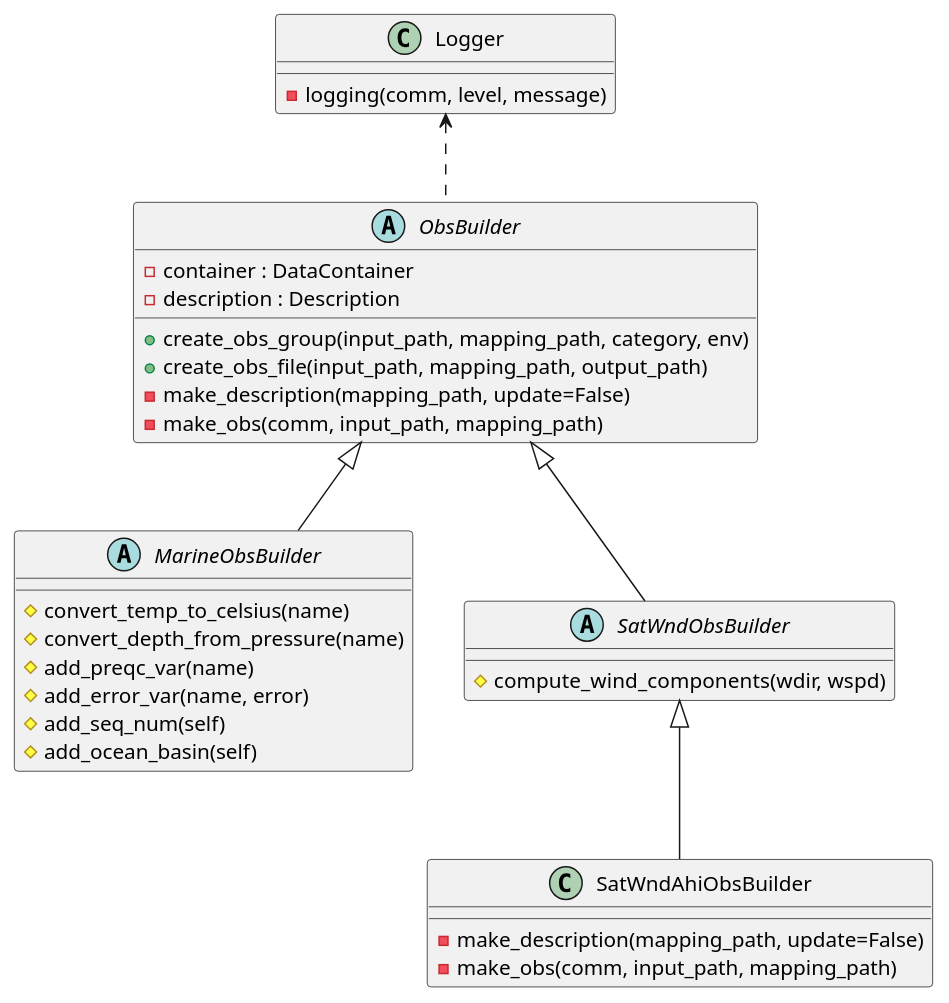
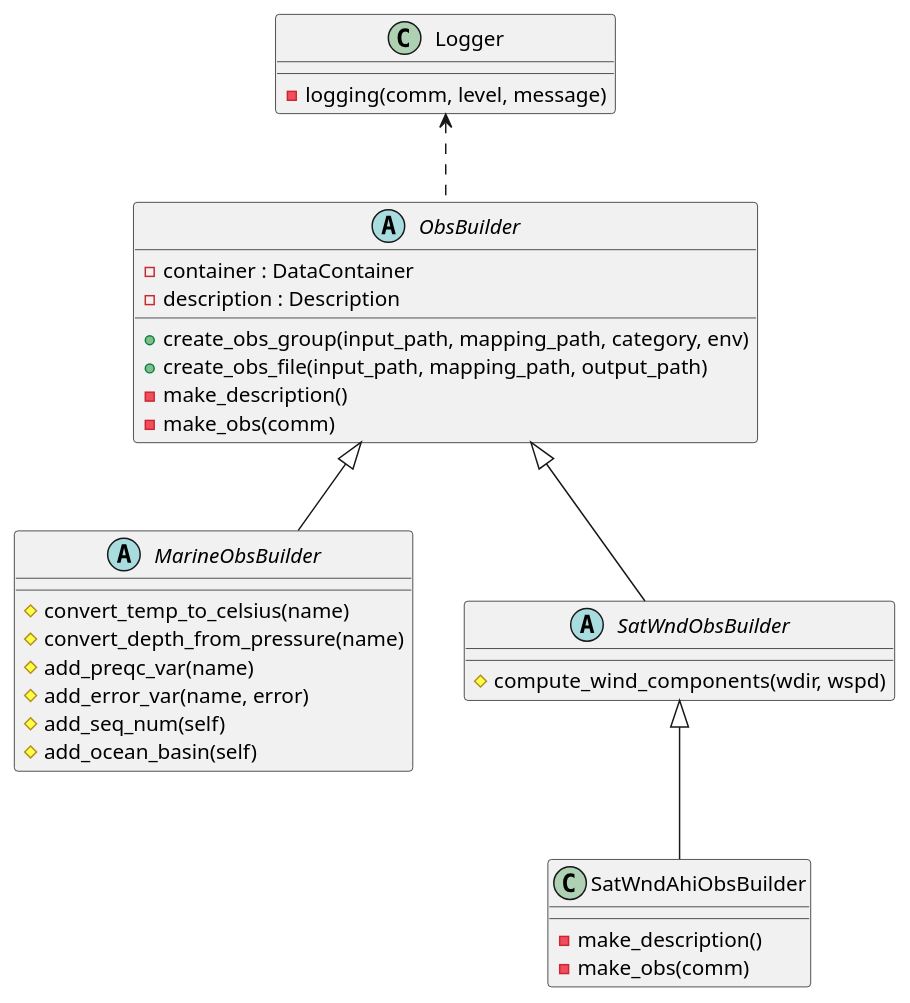
Before and after one commit to rmclaren/bufr-query: the diagram in docs/uml/BUFR_ObsBuilder.puml, drawn with PlantUML.

```diff
--- a/docs/uml/BUFR_ObsBuilder.puml
+++ b/docs/uml/BUFR_ObsBuilder.puml
@@ -1,48 +1,48 @@
 @startuml
 'skinparam dpi 300
 'scale 1024 width
 
 class Logger
 {
   - logging(comm, level, message)
 }
 
 abstract class ObsBuilder
 {
   - container : DataContainer
   - description : Description
 
   + create_obs_group(input_path, mapping_path, category, env)
   + create_obs_file(input_path, mapping_path, output_path)
-  - make_description(mapping_path, update=False)
-  - make_obs(comm, input_path, mapping_path)
+  - make_description()
+  - make_obs(comm)
 }
 
 abstract class MarineObsBuilder
 {
   # convert_temp_to_celsius(name)
   # convert_depth_from_pressure(name)
   # add_preqc_var(name)
   # add_error_var(name, error)
   # add_seq_num(self)
   # add_ocean_basin(self)
 }
 
 abstract class SatWndObsBuilder
 {
   # compute_wind_components(wdir, wspd)
 }
 
 class SatWndAhiObsBuilder
 {
-  - make_description(mapping_path, update=False)
-  - make_obs(comm, input_path, mapping_path)
+  - make_description()
+  - make_obs(comm)
 }
 
 Logger <.. ObsBuilder
 ObsBuilder <|-- MarineObsBuilder
 ObsBuilder <|-- SatWndObsBuilder
 SatWndObsBuilder <|-- SatWndAhiObsBuilder
 
 
 @enduml
```
